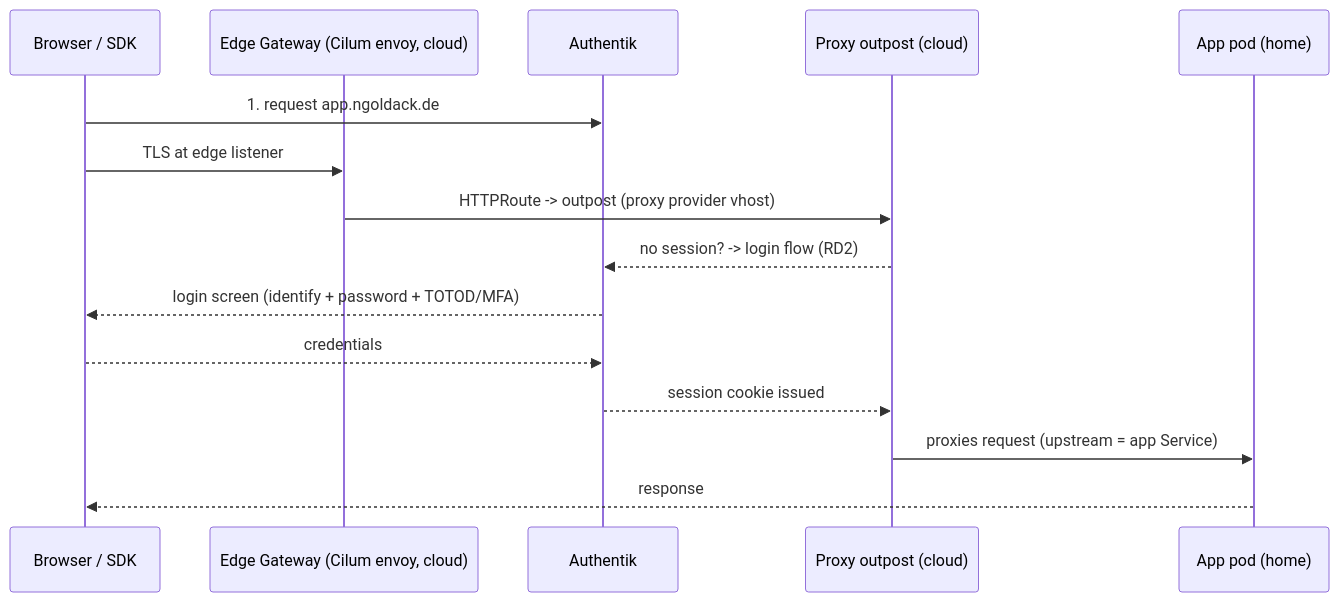
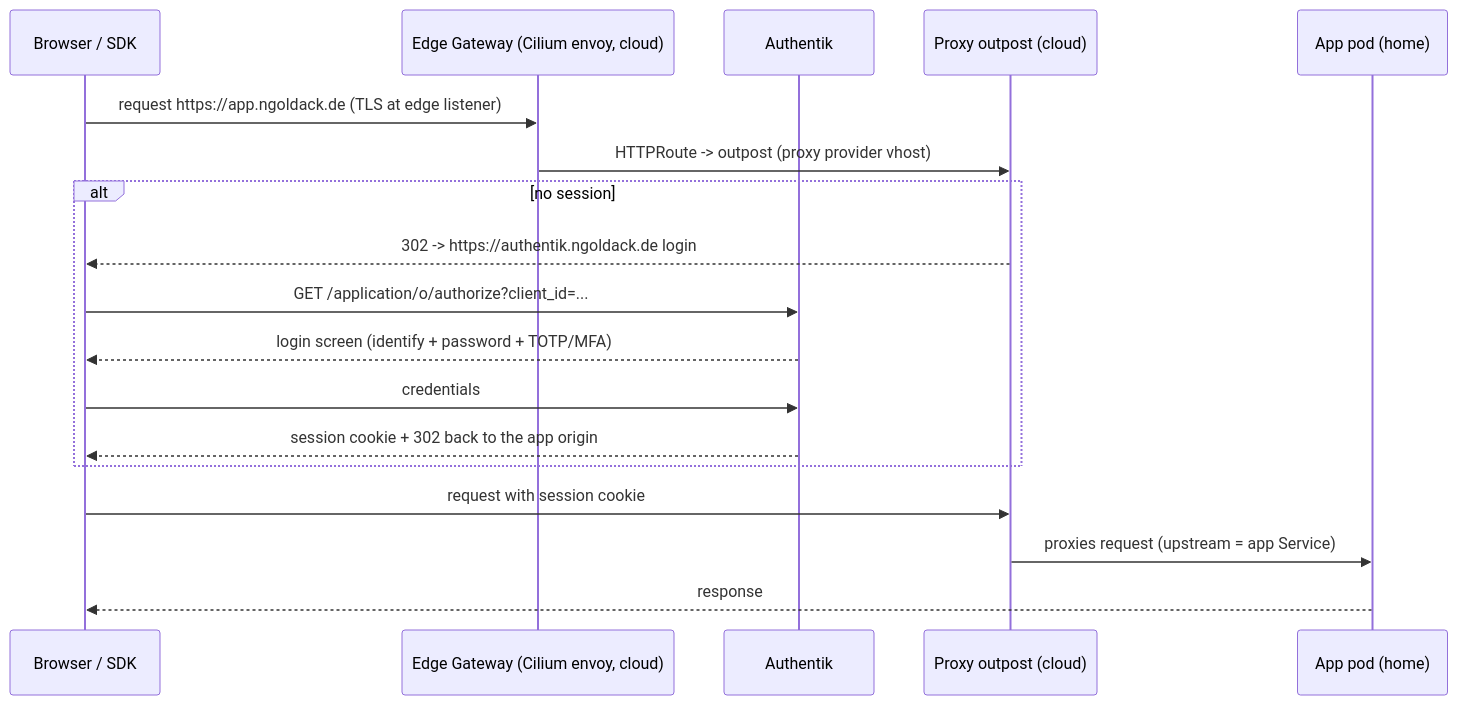
The first of 2 diagrams in README.md (ngoldack/homelab), drawn with Mermaid before and after one commit. The commit also changed 2 other files, not shown here.

Commit message:
fix(home): dashboard datasource uid VictoriaMetrics + canonical CPU exprs; correct README auth mermaid

````diff
--- a/README.md
+++ b/README.md
@@ -628,17 +628,20 @@
 ```mermaid
 sequenceDiagram
   participant B as Browser / SDK
-  participant E as Edge Gateway (Cilum envoy, cloud)
+  participant E as Edge Gateway (Cilium envoy, cloud)
   participant A as Authentik
   participant O as Proxy outpost (cloud)
   participant P as App pod (home)
-  B->>A: 1. request app.ngoldack.de
-  B->>E: TLS at edge listener
+  B->>E: request https://app.ngoldack.de (TLS at edge listener)
   E->>O: HTTPRoute -> outpost (proxy provider vhost)
-  O-->>A: no session? -> login flow (RD2)
-  A-->>B: login screen (identify + password + TOTOD/MFA)
-  B-->>A: credentials
-  A-->>O: session cookie issued
+  alt no session
+    O-->>B: 302 -> https://authentik.ngoldack.de login
+    B->>A: GET /application/o/authorize?client_id=...
+    A-->>B: login screen (identify + password + TOTP/MFA)
+    B->>A: credentials
+    A-->>B: session cookie + 302 back to the app origin
+  end
+  B->>O: request with session cookie
   O->>P: proxies request (upstream = app Service)
   P-->>B: response
 ```
````
